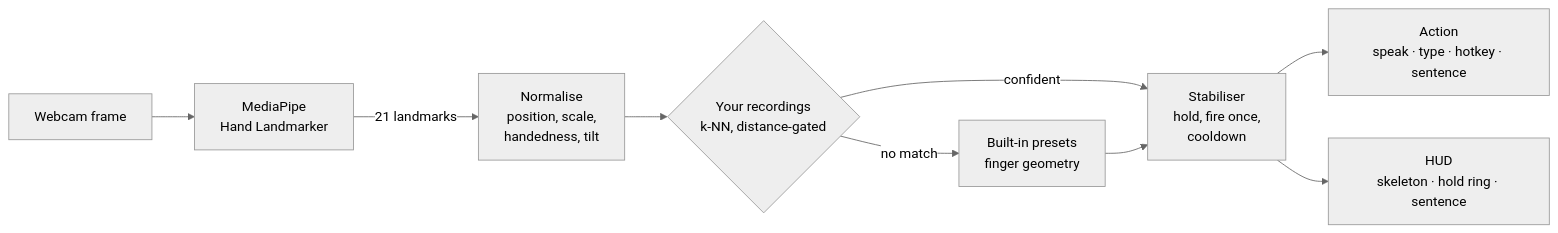
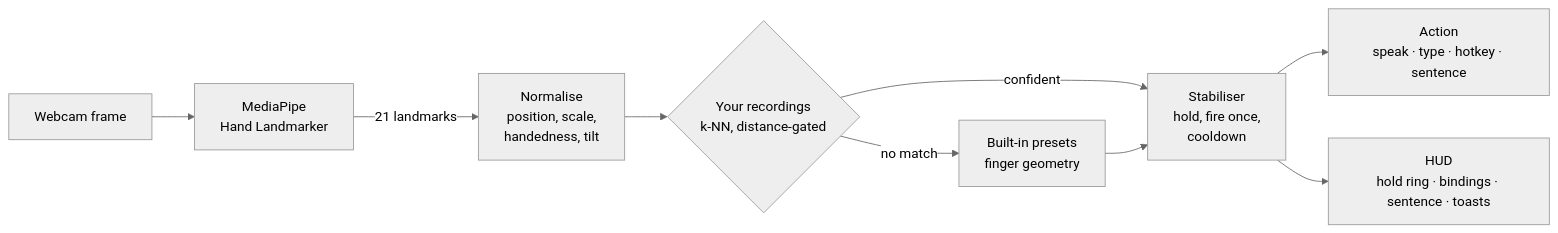
Before and after one commit to z3zZ/CogniSign: the diagram in README.md, drawn with Mermaid (neutral theme). The commit also changed other lines of this file and 4 other files, not shown here.

````diff
--- a/README.md
+++ b/README.md
@@ -111,11 +126,11 @@
 ```mermaid
 flowchart LR
     A[Webcam frame] --> B[MediaPipe<br/>Hand Landmarker]
     B -->|21 landmarks| C[Normalise<br/>position, scale,<br/>handedness, tilt]
     C --> D{Your recordings<br/>k-NN, distance-gated}
     D -->|confident| F[Stabiliser<br/>hold, fire once,<br/>cooldown]
     D -->|no match| E[Built-in presets<br/>finger geometry]
     E --> F
     F --> G[Action<br/>speak · type · hotkey · sentence]
-    F --> H[HUD<br/>skeleton · hold ring · sentence]
+    F --> H[HUD<br/>hold ring · bindings · sentence · toasts]
 ```
````
